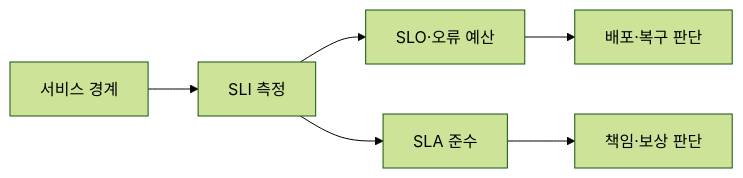
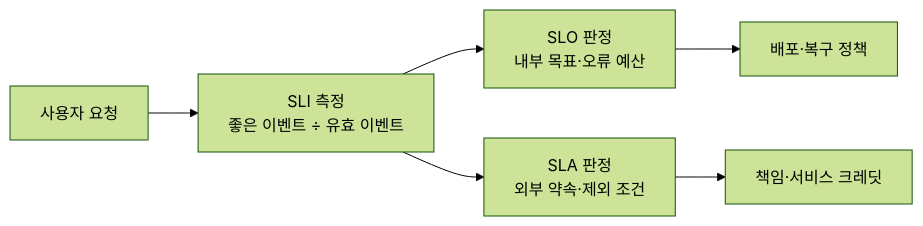
Before and after one commit to agnusdei1207/knowledge-base: the first of 2 diagrams in src/content/docs/notes/03-software/165_slo_sla_sli.md, drawn with Mermaid (forest theme). The commit also changed other lines of this file and 20 other files, not shown here.

````diff
--- a/src/content/docs/notes/03-software/165_slo_sla_sli.md
+++ b/src/content/docs/notes/03-software/165_slo_sla_sli.md
@@ -51,8 +56,8 @@
 ```mermaid
 flowchart LR
-    A[서비스 경계] --> B[SLI 측정]
-    B --> C[SLO·오류 예산]
-    B --> D[SLA 준수]
-    C --> E[배포·복구 판단]
-    D --> F[책임·보상 판단]
+    U["사용자 요청"] --> M["SLI 측정<br/>좋은 이벤트 ÷ 유효 이벤트"]
+    M --> O["SLO 판정<br/>내부 목표·오류 예산"]
+    M --> A["SLA 판정<br/>외부 약속·제외 조건"]
+    O --> P["배포·복구 정책"]
+    A --> C["책임·서비스 크레딧"]
 ```
````
